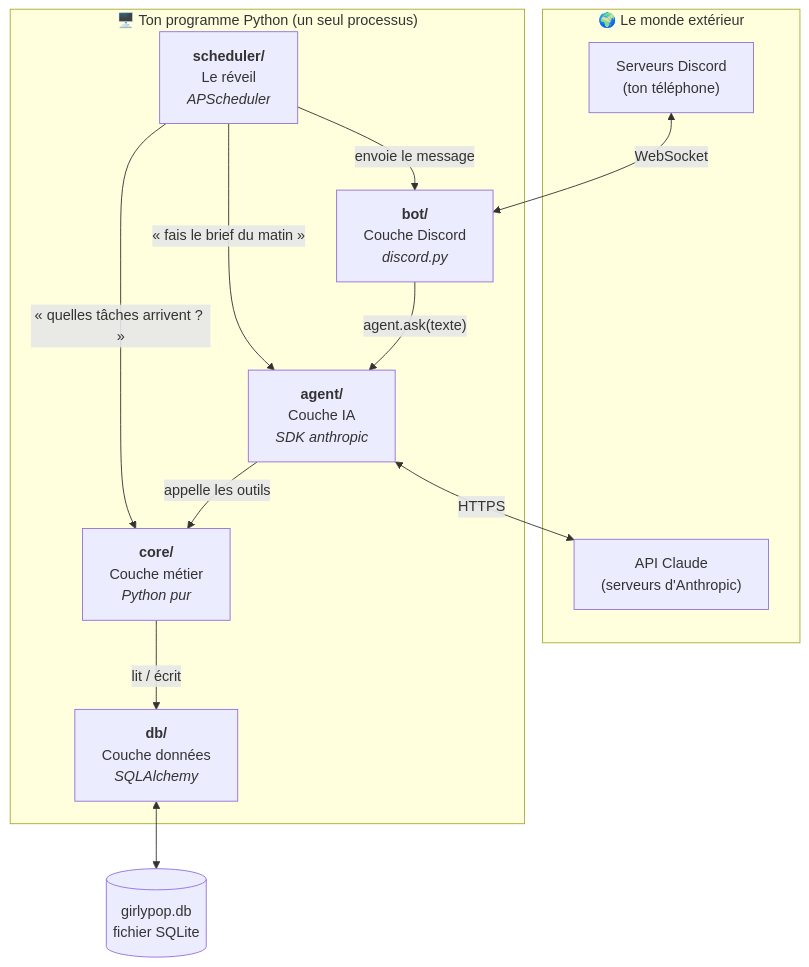
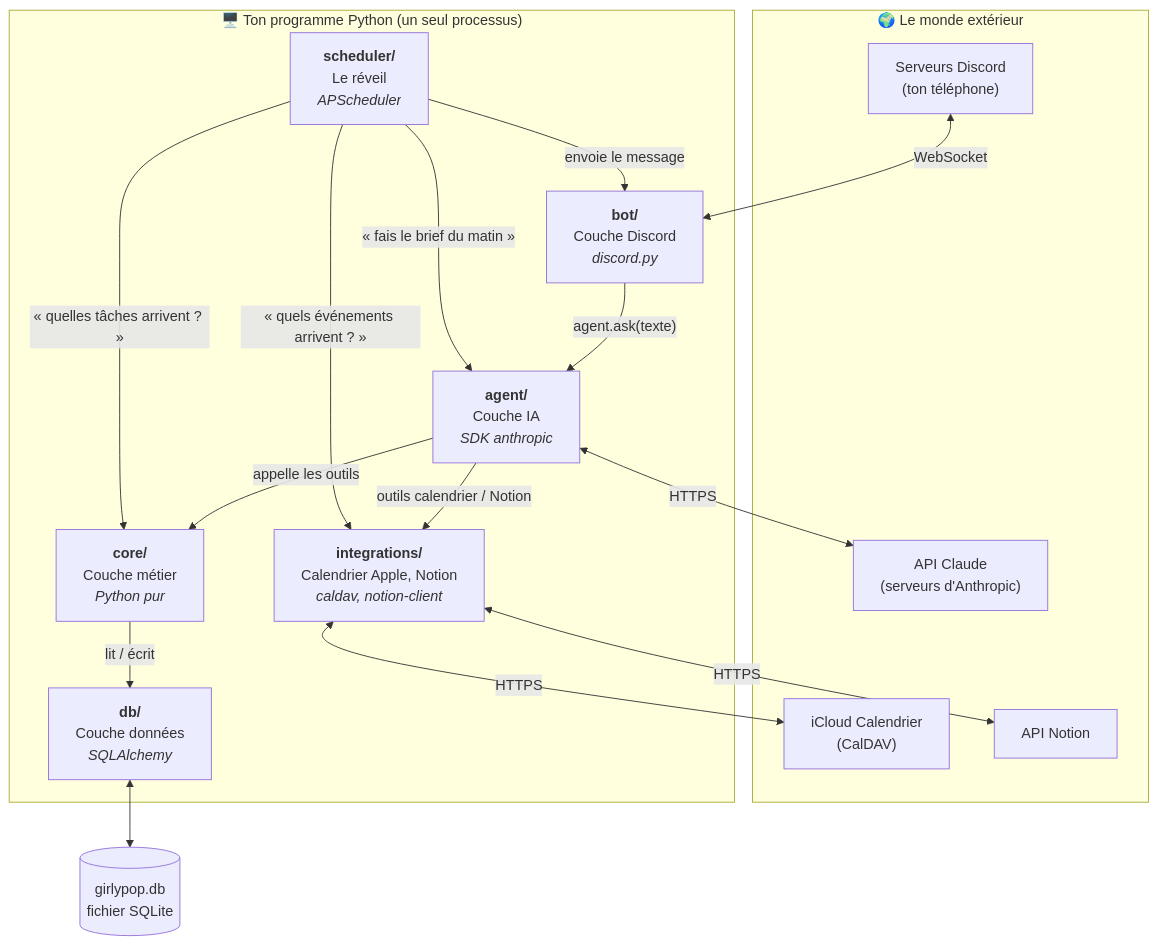
One commit to Leanak/girly_bot changed the first of 5 diagrams in docs/ARCHITECTURE.md. Above: the diagram before and after it, drawn with Mermaid. The commit also changed other lines of this file and 16 other files, not shown here.

First line of the commit message:
Trois rôles : assistante de temps (calendrier Apple), motivatrice, prof particulière (Notion)

````diff
--- a/docs/ARCHITECTURE.md
+++ b/docs/ARCHITECTURE.md
@@ -14,27 +14,34 @@
 ```mermaid
 flowchart TB
     subgraph Ext["🌍 Le monde extérieur"]
         Discord["Serveurs Discord<br/>(ton téléphone)"]
         API["API Claude<br/>(serveurs d'Anthropic)"]
+        ICloud["iCloud Calendrier<br/>(CalDAV)"]
+        NotionAPI["API Notion"]
     end
 
     subgraph App["🖥️ Ton programme Python (un seul processus)"]
         Bot["<b>bot/</b><br/>Couche Discord<br/><i>discord.py</i>"]
         Agent["<b>agent/</b><br/>Couche IA<br/><i>SDK anthropic</i>"]
         Core["<b>core/</b><br/>Couche métier<br/><i>Python pur</i>"]
         DB["<b>db/</b><br/>Couche données<br/><i>SQLAlchemy</i>"]
         Sched["<b>scheduler/</b><br/>Le réveil<br/><i>APScheduler</i>"]
+        Integ["<b>integrations/</b><br/>Calendrier Apple, Notion<br/><i>caldav, notion-client</i>"]
     end
 
     File[("girlypop.db<br/>fichier SQLite")]
 
     Discord <-->|WebSocket| Bot
     Bot -->|"agent.ask(texte)"| Agent
     Agent <-->|HTTPS| API
     Agent -->|"appelle les outils"| Core
     Core -->|"lit / écrit"| DB
     DB <--> File
     Sched -->|"« fais le brief du matin »"| Agent
     Sched -->|"« quelles tâches arrivent ? »"| Core
     Sched -->|"envoie le message"| Bot
+    Agent -->|"outils calendrier / Notion"| Integ
+    Sched -->|"« quels événements arrivent ? »"| Integ
+    Integ <-->|HTTPS| ICloud
+    Integ <-->|HTTPS| NotionAPI
 ```
````
